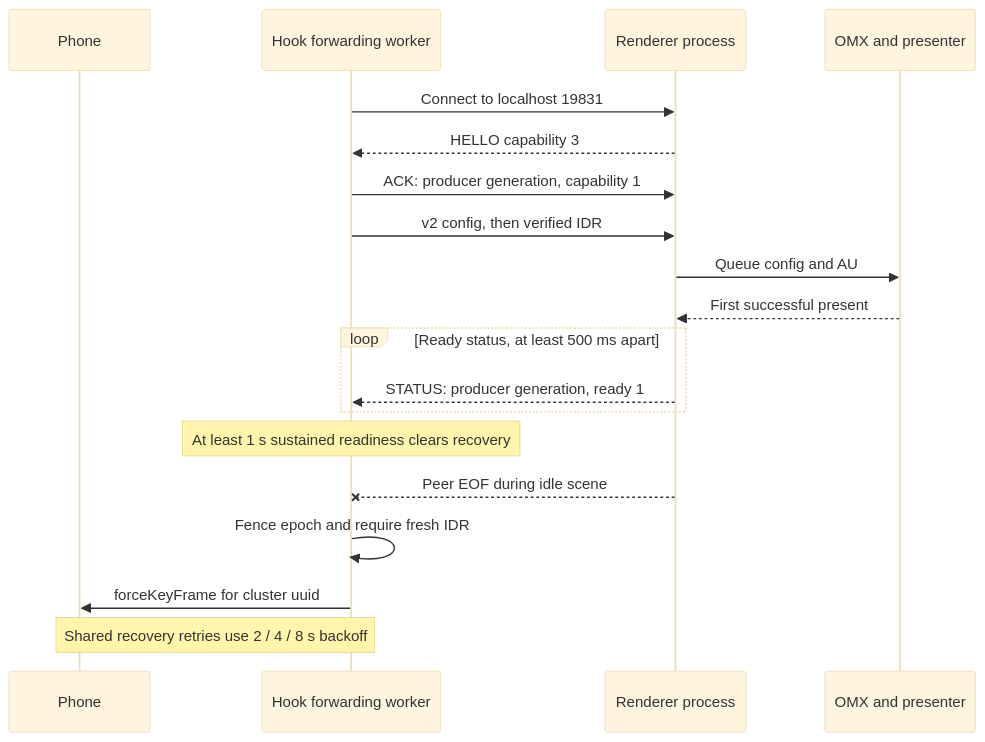
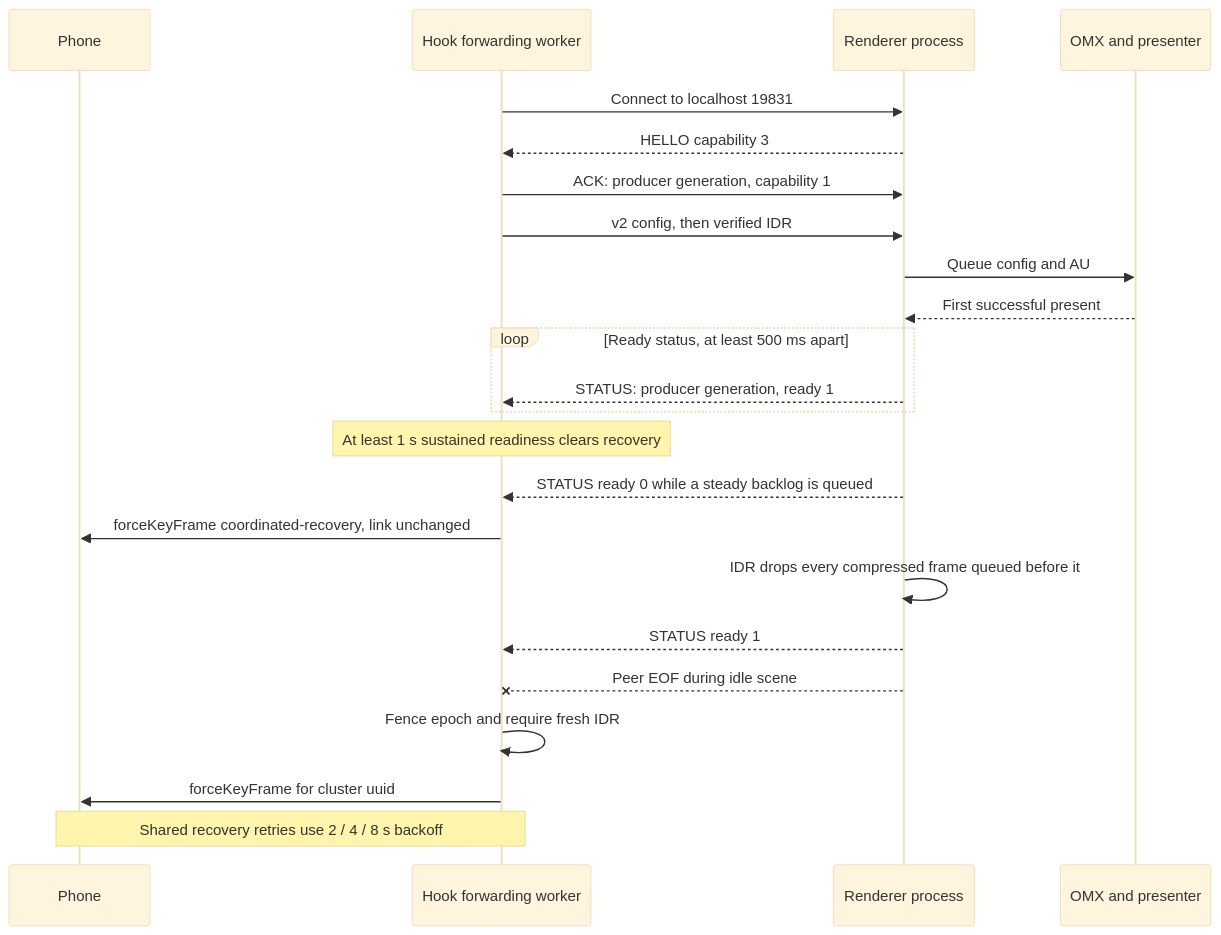
Before and after one commit to luka-dev/mib2q-carplay-rgi: the second of 3 diagrams in docs/altscreen-and-video/VIDEO_PIPELINE.md, drawn with Mermaid (base theme). The commit also changed other lines of this file and 13 other files, not shown here.

````diff
--- a/docs/altscreen-and-video/VIDEO_PIPELINE.md
+++ b/docs/altscreen-and-video/VIDEO_PIPELINE.md
@@ -79,25 +80,29 @@
 ```mermaid
 sequenceDiagram
     accTitle: AltScreen status negotiation and recovery
-    accDescr: New peers opt into presentation status before config and IDR. Recovery clears after sustained ready status; idle EOF fences continuity and starts bounded keyframe retries without waiting for another phone AU.
+    accDescr: New peers opt into presentation status before config and IDR. Recovery clears after sustained ready status; a steady compressed backlog reports ready 0 and is cleared by the next IDR without a link change; idle EOF fences continuity and starts bounded keyframe retries without waiting for another phone AU.
 
     participant phone as Phone
     participant forward_worker as Hook forwarding worker
     participant renderer as Renderer process
     participant present_worker as OMX and presenter
 
     forward_worker->>renderer: Connect to localhost 19831
     renderer-->>forward_worker: HELLO capability 3
     forward_worker->>renderer: ACK: producer generation, capability 1
     forward_worker->>renderer: v2 config, then verified IDR
     renderer->>present_worker: Queue config and AU
     present_worker-->>renderer: First successful present
     loop Ready status, at least 500 ms apart
         renderer-->>forward_worker: STATUS: producer generation, ready 1
     end
     Note over forward_worker: At least 1 s sustained readiness clears recovery
+    renderer-->>forward_worker: STATUS ready 0 while a steady backlog is queued
+    forward_worker->>phone: forceKeyFrame coordinated-recovery, link unchanged
+    renderer->>renderer: IDR drops every compressed frame queued before it
+    renderer-->>forward_worker: STATUS ready 1
     renderer--xforward_worker: Peer EOF during idle scene
     forward_worker->>forward_worker: Fence epoch and require fresh IDR
     forward_worker->>phone: forceKeyFrame for cluster uuid
     Note over forward_worker,phone: Shared recovery retries use 2 / 4 / 8 s backoff
 ```
````
